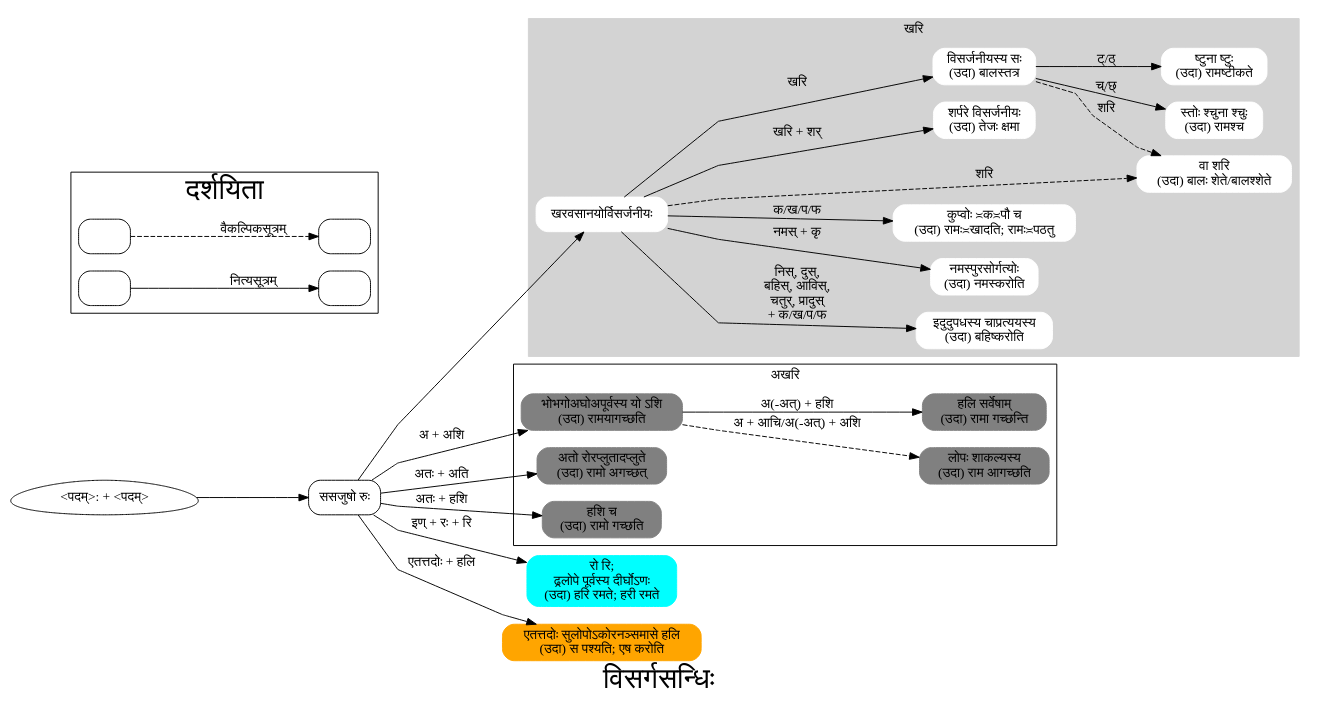
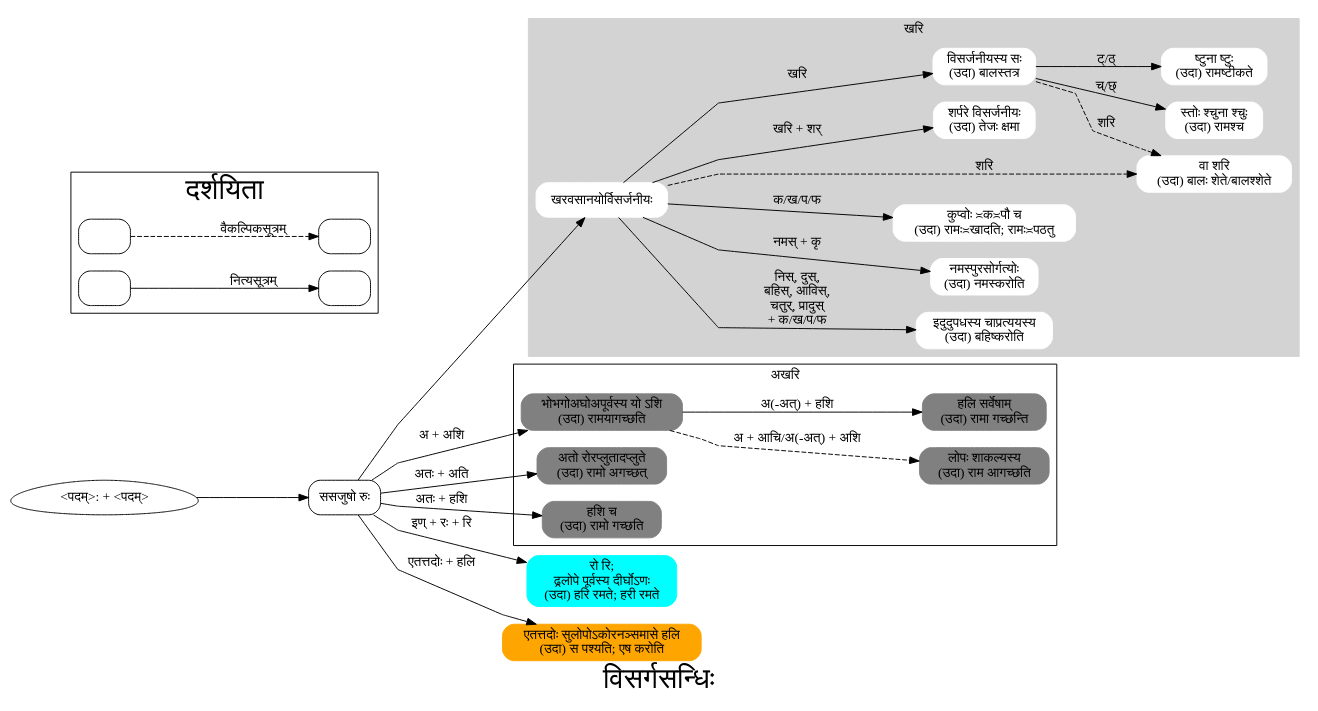
The diagram in graphviz/visarga.dot (ckayr/aShTAdhyAyI), drawn with Graphviz before and after one commit. The commit also changed 2 other files, not shown here.

```diff
--- a/graphviz/visarga.dot
+++ b/graphviz/visarga.dot
@@ -1,81 +1,81 @@
 digraph G {
         label="विसर्गसन्धिः";
         node [shape=box,
 	      style=rounded];
         fontsize=30.0;
         rankdir=LR;
         splines=polyline;
         subgraph cluster_0 {
                 label="खरि";
                 fontsize = 14.0;
                 style=filled;
                 color=lightgrey;
                 node [style="filled,rounded",
 		      color=white];
                 a0 [label="खरवसानयोर्विसर्जनीयः",
 		    href="http://avg-sanskrit.org/sutras/8-3-15.html"];
                 a6 [label="इदुदुपधस्य चाप्रत्ययस्य\n(उदा) बहिष्करोति"];
                 a5 [label="नमस्पुरसोर्गत्योः\n(उदा) नमस्करोति"];
                 a4 [label="कुप्वोः ≍क≍पौ च\n(उदा) रामः≍खादति; रामः≍पठतु"];
                 a3 [label="वा शरि\n(उदा) बालः शेते/बालश्शेते"];
                 a2 [label="शर्परे विसर्जनीयः\n(उदा) तेजः क्षमा"];
                 a1 [label="विसर्जनीयस्य सः\n(उदा) बालस्तत्र",
 		    href="http://avg-sanskrit.org/sutras/8-3-34.html"];
                 a7 [label="स्तोः श्चुना श्चुः\n(उदा) रामश्च"];
                 a8 [label="ष्टुना ष्टुः\n(उदा) रामष्टीकते"];
                 a0 -> a1 [label="खरि"];
-                a0 -> a2 [label="खरि + शर्"];
+                a0 -> a2 [label="\nखरि + शर्"];
                 a0 -> a3 [label="शरि",
 			  style=dashed];
-                a0 -> a4 [label="क/ख/प/फ"];
-                a0 -> a5 [label="नमस् + कृ"];
+                a0 -> a4 [label="\nक/ख/प/फ"];
+                a0 -> a5 [label="\nनमस् + कृ"];
                 a0 -> a6 [label="निस्, दुस्,\n बहिस्, आविस्,\n चतुर्, प्रादुस्\n + क/ख/प/फ"];
-                a1 -> a3 [label="शरि", style=dashed];
+                a1 -> a3 [label="\nशरि", style=dashed];
                 a1 -> a7 [label="च्/छ्"];
                 a1 -> a8 [label="ट्/ठ्"];
         }
 
         subgraph cluster_1 {
                 label="अखरि";
                 fontsize = 14.0;
                 node [style="filled,rounded", color=grey];
                 b0 [label="भोभगोअघोअपूर्वस्य यो ऽशि\n(उदा) रामयागच्छति"];
                 b1 [label="अतो रोरप्लुतादप्लुते\n(उदा) रामो अगच्छत् "];
                 b2 [label="हशि च\n(उदा) रामो गच्छति"];
                 b3 [label="लोपः शाकल्यस्य\n(उदा) राम आगच्छति"];
                 b4 [label="हलि सर्वेषाम्\n(उदा) रामा गच्छन्ति"];
-                b0 -> b3 [label="अ + आचि/अ(-अत्) + अशि"; style=dashed];
+                b0 -> b3 [label="\nअ + आचि/अ(-अत्) + अशि"; style=dashed];
                 b0 -> b4 [label="अ(-अत्) + हशि"];
         }
 
         c0 [label="रो रि;\n ढ्रलोपे पूर्वस्य दीर्घोऽणः\n(उदा) हरि रमते; हरी रमते",
 	    color=cyan,
 	    style="filled,rounded"];
         d0 [label="एतत्तदोः सुलोपोऽकोरनञ्समासे हलि\n(उदा) स पश्यति; एष करोति",
 	    color=orange,
 	    style="filled,rounded"];
 
         start0 [label="<पदम्>: + <पदम्>"];
         start1 [label="ससजुषो रुः",
 		href="http://avg-sanskrit.org/sutras/8-2-66.html"];
         start0 -> start1;
         start1 -> a0;
         start1 -> b0 [label="अ + अशि"];
         start1 -> b1 [label="अतः + अति"];
         start1 -> b2 [label="अतः + हशि"];
         start1 -> c0 [label="इण्‌ + रः + रि "];
         start1 -> d0 [label="एतत्तदोः + हलि"];
 
         start0 [shape=egg];
 
         subgraph cluster_leg {
                 label="दर्शयिता";
                 legend1 [label=""];
                 legend2 [label=""];
                 legend3 [label=""];
                 legend4 [label=""];
                 legend1 -> legend2 [label="वैकल्पिकसूत्रम्",
 				    style=dashed];
                 legend3 -> legend4 [label="नित्यसूत्रम्"];
         }
 }
```
